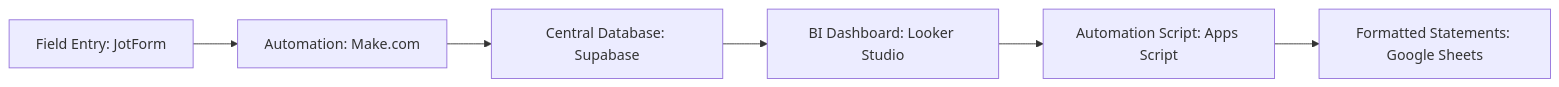
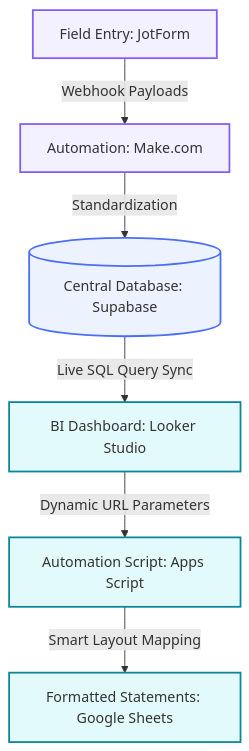
Before and after one commit to ricardoj-m/BI-Project-For-Trucking-Company: the diagram in README.md, drawn with Mermaid.

````diff
--- a/README.md
+++ b/README.md
@@ -30,8 +30,16 @@
 ```mermaid
-graph LR
-    A[Field Entry: JotForm] --> B[Automation: Make.com]
-    B --> C[Central Database: Supabase]
-    C --> D[BI Dashboard: Looker Studio]
-    D --> E[Automation Script: Apps Script]
-    E --> F[Formatted Statements: Google Sheets]
+graph TD
+    A[Field Entry: JotForm] -->|Webhook Payloads| B[Automation: Make.com]
+    B -->|Standardization| C[(Central Database: Supabase)]
+    C -->|Live SQL Query Sync| D[BI Dashboard: Looker Studio]
+    D -->|Dynamic URL Parameters| E[Automation Script: Apps Script]
+    E -->|Smart Layout Mapping| F[Formatted Statements: Google Sheets]
+
+    %% Compact custom styling (2px borders)
+    style A fill:#f3f0ff,stroke:#845ef7,stroke-width:2px
+    style B fill:#f3f0ff,stroke:#845ef7,stroke-width:2px
+    style C fill:#edf2ff,stroke:#4c6ef5,stroke-width:2px
+    style D fill:#e3fafc,stroke:#0c8599,stroke-width:2px
+    style E fill:#e3fafc,stroke:#0c8599,stroke-width:2px
+    style F fill:#e3fafc,stroke:#0c8599,stroke-width:2px
 ```
````
